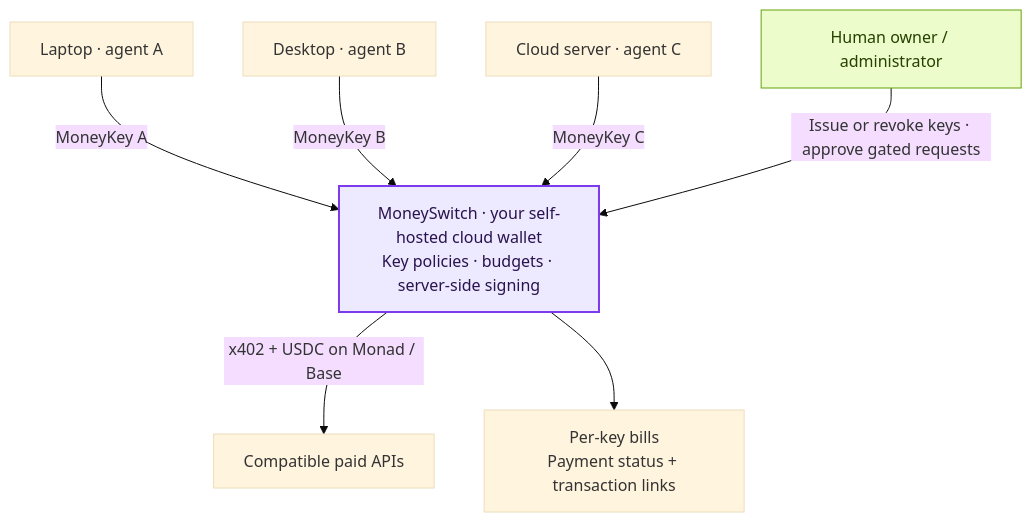
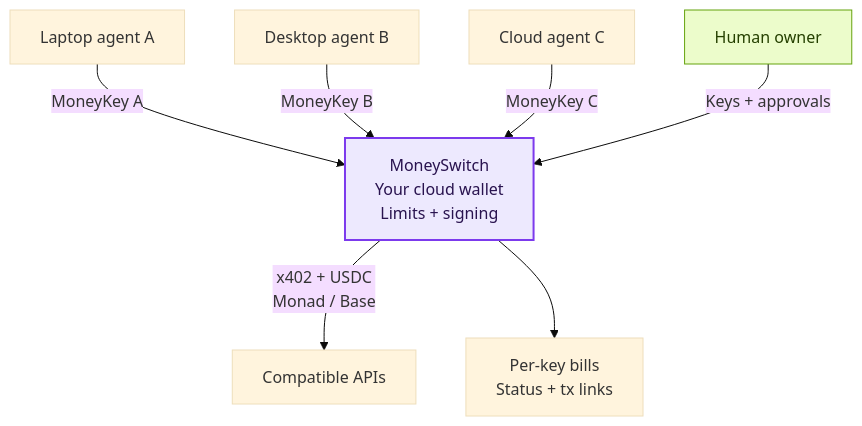
Before and after one commit to dongsheng123132/moneyswitch: the diagram in README.md, drawn with Mermaid (base theme). The commit also changed 1 other file, not shown here.

Commit message:
Keep README architecture labels readable in GitHub diagrams

````diff
--- a/README.md
+++ b/README.md
@@ -36,14 +36,14 @@
 ```mermaid
 flowchart TB
-    A["Laptop · agent A"] -->|MoneyKey A| W
-    B["Desktop · agent B"] -->|MoneyKey B| W
-    C["Cloud server · agent C"] -->|MoneyKey C| W
-    W["MoneySwitch · your self-hosted cloud wallet<br/>Key policies · budgets · server-side signing"]
-    H["Human owner / administrator"] -->|"Issue or revoke keys · approve gated requests"| W
-    W -->|"x402 + USDC on Monad / Base"| S["Compatible paid APIs"]
-    W --> L["Per-key bills<br/>Payment status + transaction links"]
+    A["Laptop agent A"] -->|MoneyKey A| W
+    B["Desktop agent B"] -->|MoneyKey B| W
+    C["Cloud agent C"] -->|MoneyKey C| W
+    W["MoneySwitch<br/>Your cloud wallet<br/>Limits + signing"]
+    H["Human owner"] -->|"Keys + approvals"| W
+    W -->|"x402 + USDC<br/>Monad / Base"| S["Compatible APIs"]
+    W --> L["Per-key bills<br/>Status + tx links"]
     classDef wallet fill:#ede9fe,stroke:#7c3aed,color:#29134f,stroke-width:2px
     classDef human fill:#ecfccb,stroke:#65a30d,color:#254000
     class W wallet
     class H human
 ```
````
